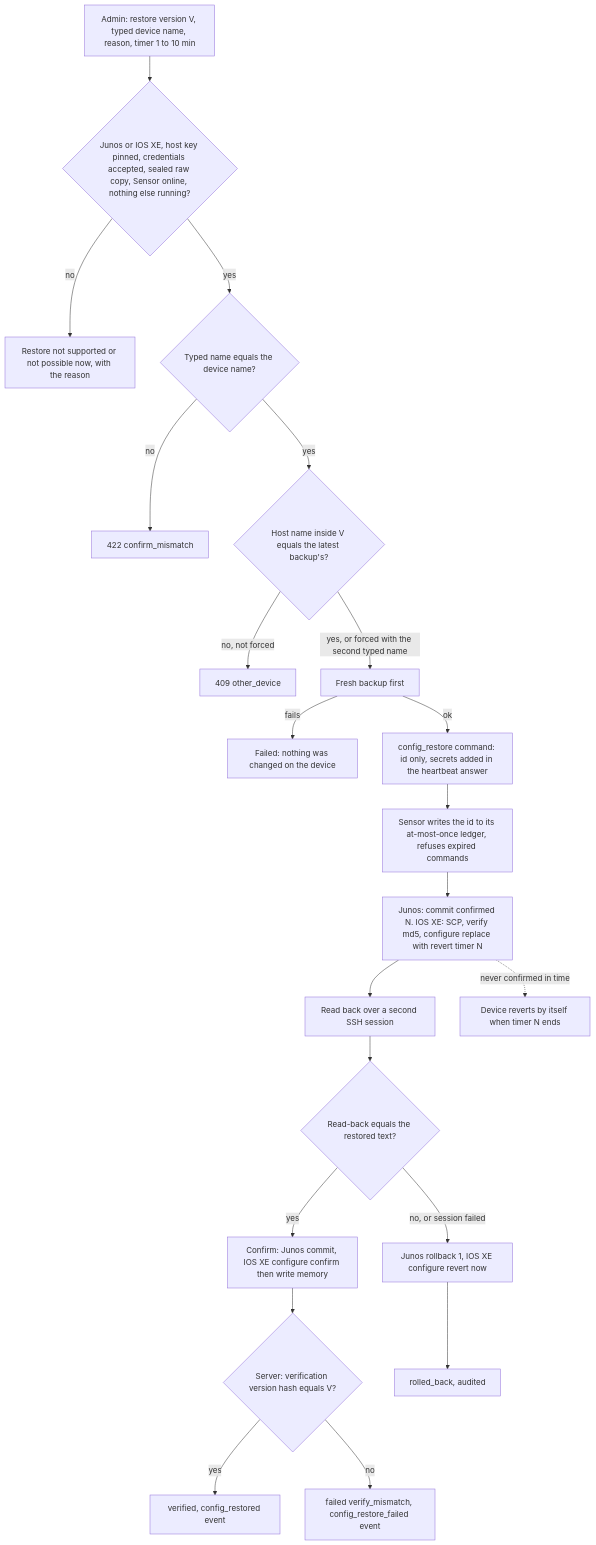
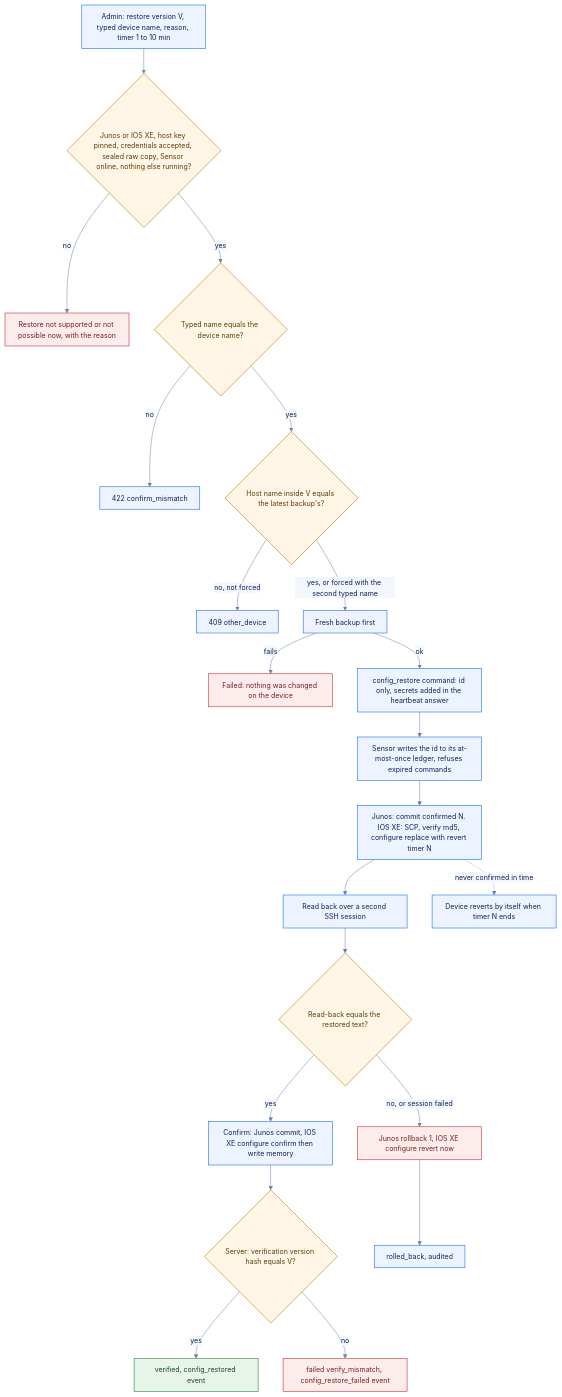
Before and after one commit to MKhattab7050/nigafiy-platform: the eighth of 11 diagrams in docs/architecture/flowcharts.md, drawn with Mermaid. The commit also changed other lines of this file, not shown here.

First line of the commit message:
Flowcharts: brand-themed Mermaid and the illustrated figures on top of the key sections

````diff
--- a/docs/architecture/flowcharts.md
+++ b/docs/architecture/flowcharts.md
@@ -313,23 +386,33 @@
 ```mermaid
+%%{init: {"theme": "base", "themeVariables": {"fontFamily": "-apple-system, BlinkMacSystemFont, Segoe UI, Noto Sans, Helvetica, Arial, sans-serif", "fontSize": "14px", "primaryColor": "#EEF4FF", "primaryTextColor": "#0B1F5C", "primaryBorderColor": "#1A73FF", "secondaryColor": "#F3F6FC", "tertiaryColor": "#FFFFFF", "lineColor": "#6B7FA8", "textColor": "#6B7FA8", "titleColor": "#6B7FA8", "clusterBkg": "#F7F9FE", "clusterBorder": "#9DB4E8", "edgeLabelBackground": "#F3F6FC", "actorBkg": "#EEF4FF", "actorBorder": "#1A73FF", "actorTextColor": "#0B1F5C", "actorLineColor": "#9DB4E8", "signalColor": "#6B7FA8", "signalTextColor": "#6B7FA8", "labelBoxBkgColor": "#EEF4FF", "labelBoxBorderColor": "#1A73FF", "labelTextColor": "#0B1F5C", "loopTextColor": "#6B7FA8", "noteBkgColor": "#FFF6E5", "noteBorderColor": "#C27C0E", "noteTextColor": "#5A3A05", "activationBkgColor": "#DCE8FF", "activationBorderColor": "#1A73FF", "sequenceNumberColor": "#FFFFFF"}, "flowchart": {"curve": "basis", "padding": 12}}}%%
 flowchart TD
   ASK["Admin: restore version V, typed device name, reason, timer 1 to 10 min"] --> PRE{"Junos or IOS XE, host key pinned, credentials accepted, sealed raw copy, Sensor online, nothing else running?"}
   PRE -->|no| NOT["Restore not supported or not possible now, with the reason"]
   PRE -->|yes| NAME{"Typed name equals the device name?"}
   NAME -->|no| R422["422 confirm_mismatch"]
   NAME -->|yes| HOST{"Host name inside V equals the latest backup's?"}
   HOST -->|"no, not forced"| R409["409 other_device"]
   HOST -->|"yes, or forced with the second typed name"| BK["Fresh backup first"]
   BK -->|fails| F1["Failed: nothing was changed on the device"]
   BK -->|ok| CMD["config_restore command: id only, secrets added in the heartbeat answer"]
   CMD --> LEDGER["Sensor writes the id to its at-most-once ledger, refuses expired commands"]
   LEDGER --> APPLY["Junos: commit confirmed N. IOS XE: SCP, verify md5, configure replace with revert timer N"]
   APPLY --> READBACK["Read back over a second SSH session"]
   READBACK --> MATCH{"Read-back equals the restored text?"}
   MATCH -->|yes| CONFIRM["Confirm: Junos commit, IOS XE configure confirm then write memory"]
   MATCH -->|"no, or session failed"| ROLL["Junos rollback 1, IOS XE configure revert now"]
   CONFIRM --> HASH{"Server: verification version hash equals V?"}
   HASH -->|yes| OK["verified, config_restored event"]
   HASH -->|no| BAD["failed verify_mismatch, config_restore_failed event"]
   ROLL --> BAD2["rolled_back, audited"]
   APPLY -.->|"never confirmed in time"| SELF["Device reverts by itself when timer N ends"]
+  classDef default fill:#EEF4FF,stroke:#1A73FF,stroke-width:1.2px,color:#0B1F5C
+  classDef decision fill:#FFF6E5,stroke:#C27C0E,stroke-width:1.2px,color:#5A3A05
+  classDef data fill:#E3F5F9,stroke:#0099BC,stroke-width:1.2px,color:#053F4D
+  classDef external fill:#F3F6FC,stroke:#6B7FA8,stroke-width:1.2px,stroke-dasharray:4 3,color:#0B1F5C
+  classDef refused fill:#FDECEC,stroke:#D13438,stroke-width:1.2px,color:#7A1C1F
+  classDef good fill:#E8F5EA,stroke:#2E8540,stroke-width:1.2px,color:#17461F
+  class PRE,NAME,HOST,MATCH,HASH decision
+  class NOT,F1,ROLL,BAD refused
+  class OK good
 ```
````
